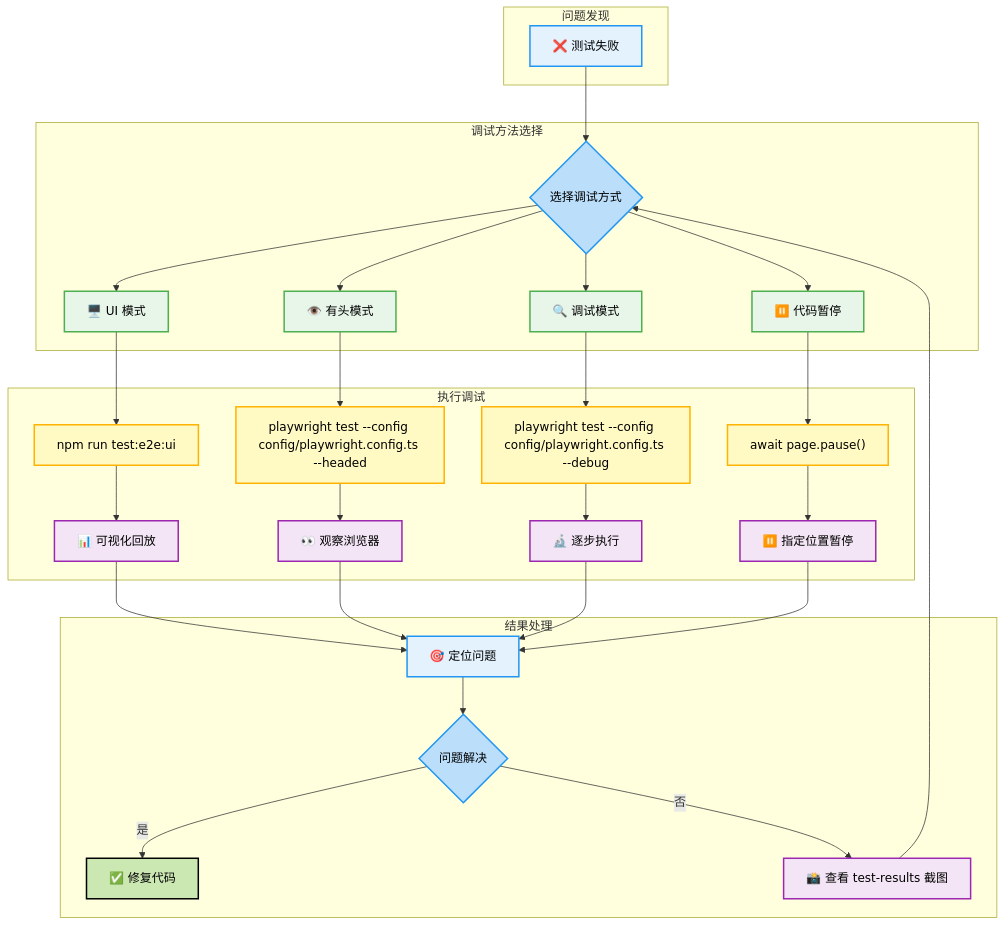
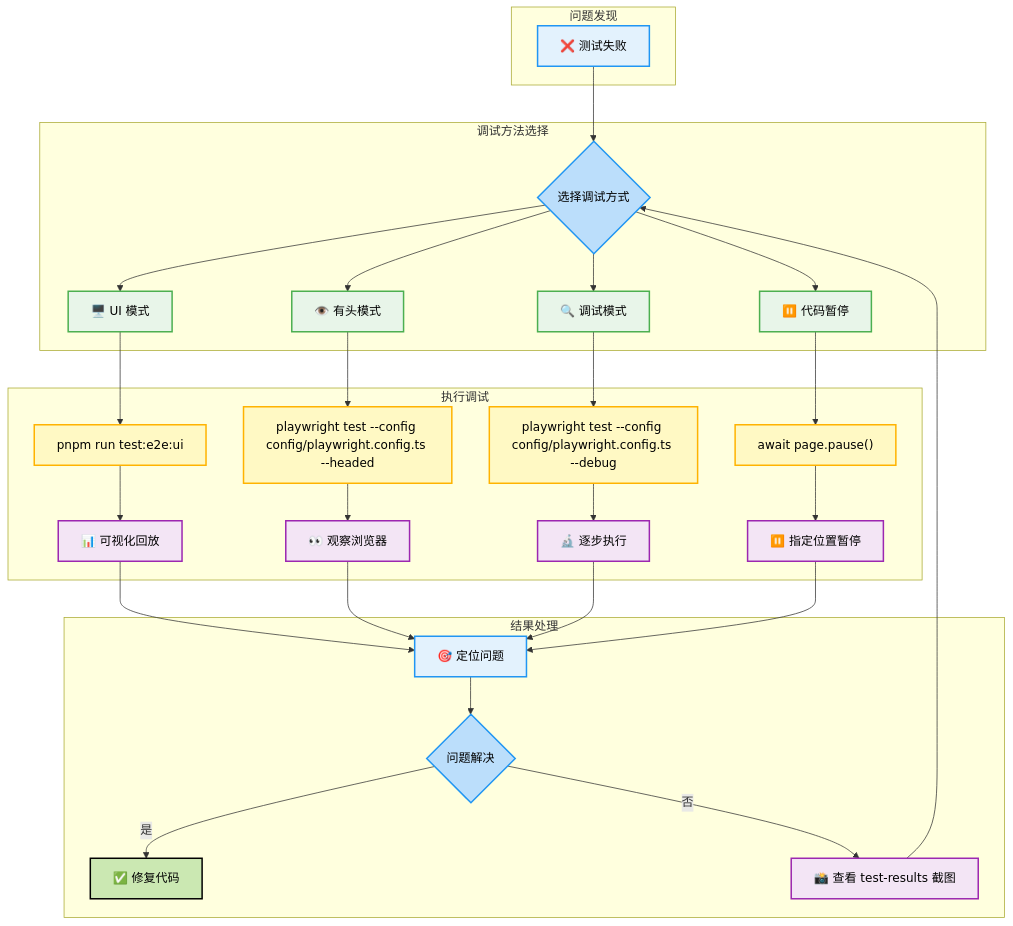
One commit to yuukiLike/iframe-link changed the ninth of 9 diagrams in docs/TESTING_WORKFLOW.md. Above: the diagram before and after it, drawn with Mermaid. The commit also changed other lines of this file and 12 other files, not shown here.

````diff
--- a/docs/TESTING_WORKFLOW.md
+++ b/docs/TESTING_WORKFLOW.md
@@ -455,48 +455,48 @@
 ```mermaid
 flowchart TD
     subgraph 问题发现
         A[❌ 测试失败]:::statusDisplay
     end
 
     subgraph 调试方法选择
         B{选择调试方式}:::condition
         C[🖥️ UI 模式]:::userAction
         D[👁️ 有头模式]:::userAction
         E[🔍 调试模式]:::userAction
         F[⏸️ 代码暂停]:::userAction
     end
 
     subgraph 执行调试
-        G["npm run test:e2e:ui"]:::apiCall
+        G["pnpm run test:e2e:ui"]:::apiCall
         H["playwright test --config config/playwright.config.ts --headed"]:::apiCall
         I["playwright test --config config/playwright.config.ts --debug"]:::apiCall
         J["await page.pause()"]:::apiCall
         K[📊 可视化回放]:::dataDisplay
         L[👀 观察浏览器]:::dataDisplay
         M[🔬 逐步执行]:::dataDisplay
         N[⏸️ 指定位置暂停]:::dataDisplay
     end
 
     subgraph 结果处理
         O[🎯 定位问题]:::statusDisplay
         P{问题解决}:::condition
         Q[✅ 修复代码]:::endNode
         R[📸 查看 test-results 截图]:::dataDisplay
     end
 
     A --> B
     B --> C --> G --> K --> O
     B --> D --> H --> L --> O
     B --> E --> I --> M --> O
     B --> F --> J --> N --> O
     O --> P
     P -->|是| Q
     P -->|否| R --> B
 
     classDef apiCall fill:#FFF9C4,stroke:#FFB300,stroke-width:2px,color:#000
     classDef dataDisplay fill:#F3E5F5,stroke:#9C27B0,stroke-width:2px,color:#000
     classDef userAction fill:#E8F5E9,stroke:#4CAF50,stroke-width:2px,color:#000
     classDef statusDisplay fill:#E3F2FD,stroke:#2196F3,stroke-width:2px,color:#000
     classDef condition fill:#BBDEFB,stroke:#2196F3,stroke-width:2px,color:#000
     classDef endNode fill:#CBE8B2,stroke:#000,stroke-width:2px,color:#000
 ```
````
